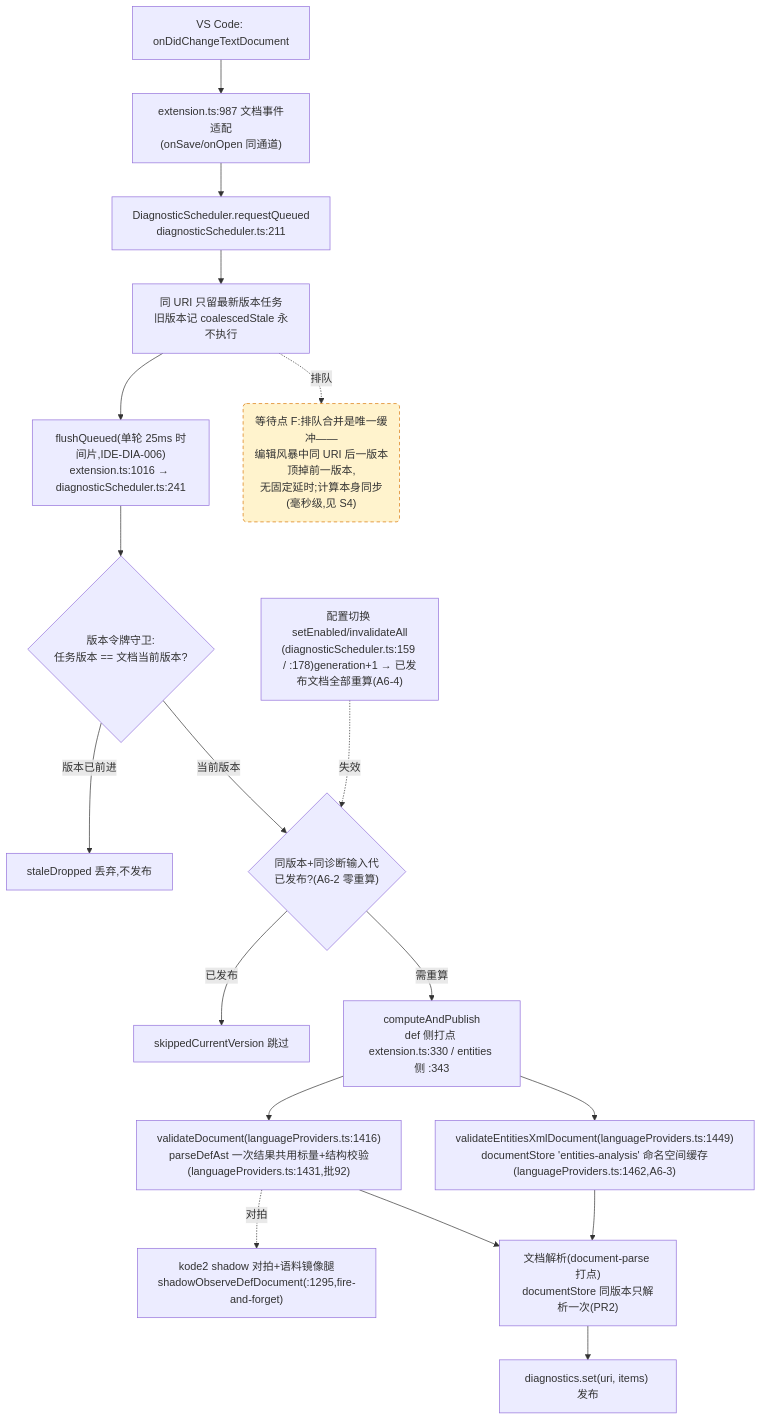
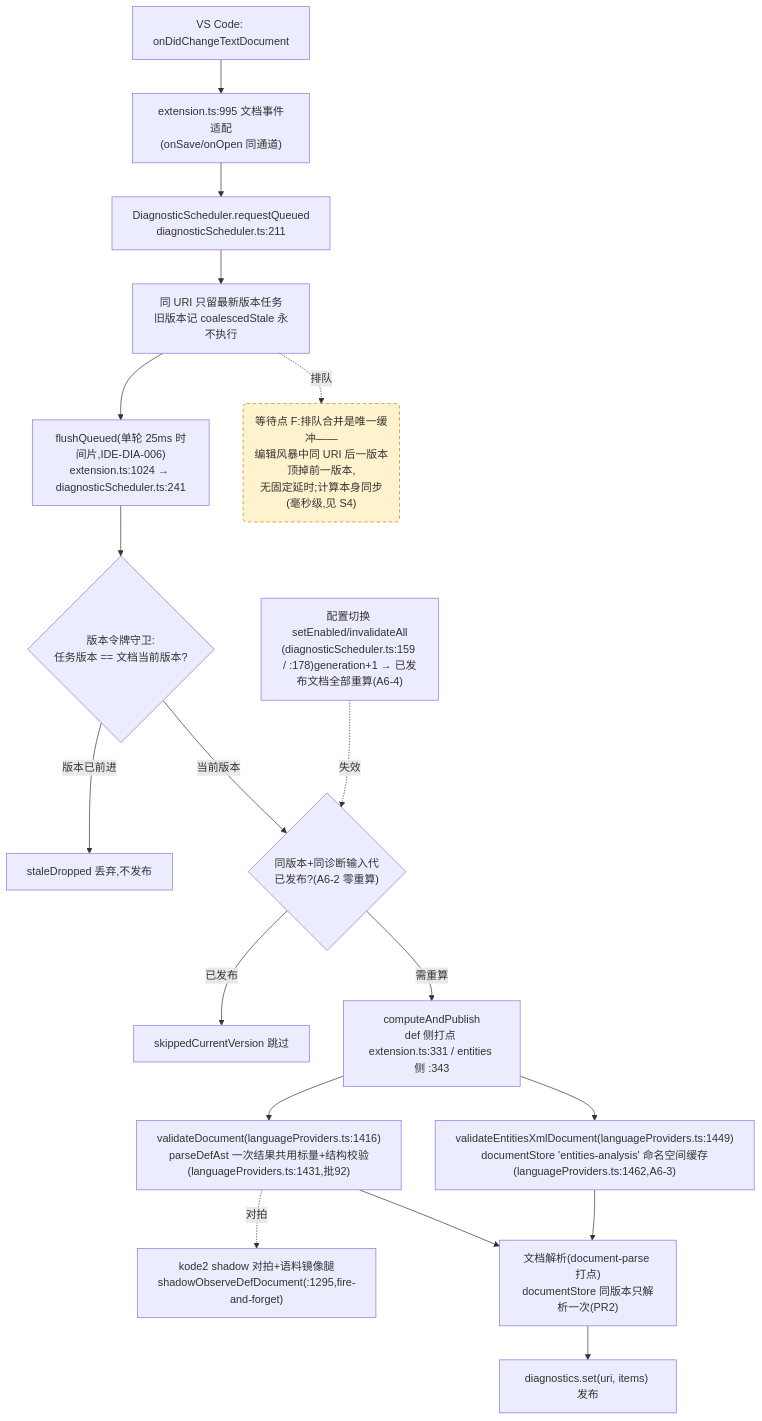
One commit to cuihairu/kode changed the fourth of 4 diagrams in docs/perf/2026-baseline.md. Above: the diagram before and after it, drawn with Mermaid. The commit also changed other lines of this file and 9 other files, not shown here.

````diff
--- a/docs/perf/2026-baseline.md
+++ b/docs/perf/2026-baseline.md
@@ -214,38 +214,38 @@
 ```mermaid
 flowchart TD
   CHG["VS Code: onDidChangeTextDocument"]
-  WATCH["extension.ts:987 文档事件适配<br/>(onSave/onOpen 同通道)"]
+  WATCH["extension.ts:995 文档事件适配<br/>(onSave/onOpen 同通道)"]
   RQ["DiagnosticScheduler.requestQueued<br/>diagnosticScheduler.ts:211"]
   CO["同 URI 只留最新版本任务<br/>旧版本记 coalescedStale 永不执行"]
-  FL["flushQueued(单轮 25ms 时间片,IDE-DIA-006)<br/>extension.ts:1016 → diagnosticScheduler.ts:241"]
+  FL["flushQueued(单轮 25ms 时间片,IDE-DIA-006)<br/>extension.ts:1024 → diagnosticScheduler.ts:241"]
   VG{"版本令牌守卫:<br/>任务版本 == 文档当前版本?"}
   DROP["staleDropped 丢弃,不发布"]
   GEN{"同版本+同诊断输入代<br/>已发布?(A6-2 零重算)"}
   SKIP["skippedCurrentVersion 跳过"]
-  CALC["computeAndPublish<br/>def 侧打点 extension.ts:330 / entities 侧 :343"]
+  CALC["computeAndPublish<br/>def 侧打点 extension.ts:331 / entities 侧 :343"]
   VD["validateDocument(languageProviders.ts:1416)<br/>parseDefAst 一次结果共用标量+结构校验(languageProviders.ts:1431,批92)"]
   VEX["validateEntitiesXmlDocument(languageProviders.ts:1449)<br/>documentStore 'entities-analysis' 命名空间缓存(languageProviders.ts:1462,A6-3)"]
   SHDD["kode2 shadow 对拍+语料镜像腿<br/>shadowObserveDefDocument(:1295,fire-and-forget)"]
   DS["文档解析(document-parse 打点)<br/>documentStore 同版本只解析一次(PR2)"]
   PUB["diagnostics.set(uri, items) 发布"]
   CFG2["配置切换 setEnabled/invalidateAll<br/>(diagnosticScheduler.ts:159 / :178)generation+1 → 已发布文档全部重算(A6-4)"]
 
   CHG --> WATCH --> RQ --> CO --> FL --> VG
   VG -- "版本已前进" --> DROP
   VG -- "当前版本" --> GEN
   GEN -- "已发布" --> SKIP
   GEN -- "需重算" --> CALC
   CALC --> VD
   CALC --> VEX
   VD --> DS
   VEX --> DS
   DS --> PUB
   VD -.->|对拍| SHDD
   CFG2 -.->|失效| GEN
 
   WAITF("等待点 F:排队合并是唯一缓冲——<br/>编辑风暴中同 URI 后一版本顶掉前一版本,<br/>无固定延时;计算本身同步(毫秒级,见 S4)")
   CO -.->|排队| WAITF
 
   classDef waitPoint fill:#fff3cd,stroke:#d97706,stroke-dasharray:5 4;
   class WAITF waitPoint;
 ```
````
